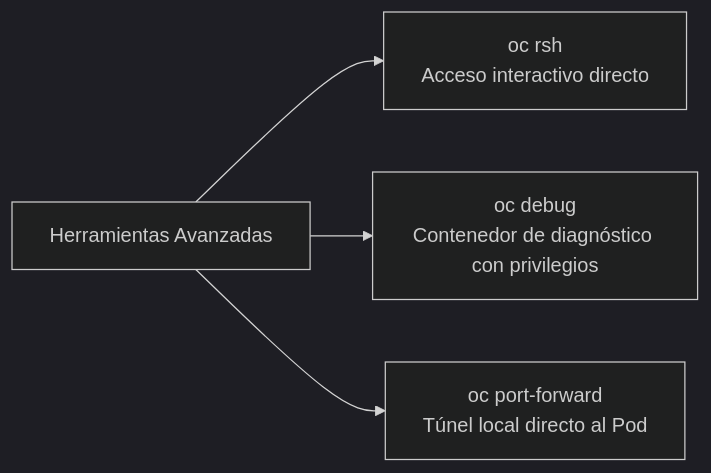
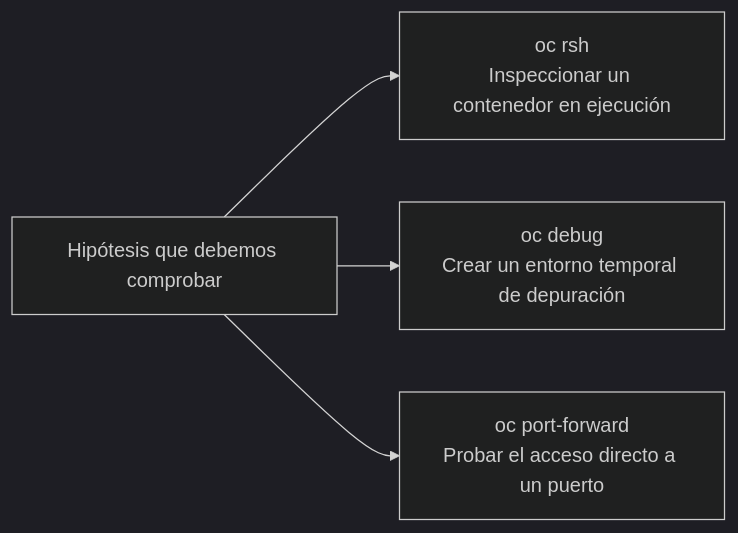
One commit to ieftraining/curso-openshift changed the second of 2 diagrams in docs/sesion3/3.5 Diagnostico de incidencias.md. Above: the diagram before and after it, drawn with Mermaid (dark theme). The commit also changed other lines of this file, not shown here.

````diff
--- a/docs/sesion3/3.5 Diagnostico de incidencias.md
+++ b/docs/sesion3/3.5 Diagnostico de incidencias.md
@@ -245,6 +345,6 @@
 ```mermaid
 flowchart LR
-    A[Herramientas Avanzadas] --> B[oc rsh<br>Acceso interactivo directo]
-    A --> C[oc debug<br>Contenedor de diagnóstico con privilegios]
-    A --> D[oc port-forward<br>Túnel local directo al Pod]
+    A[Hipótesis que debemos comprobar] --> B[oc rsh<br/>Inspeccionar un contenedor en ejecución]
+    A --> C[oc debug<br/>Crear un entorno temporal de depuración]
+    A --> D[oc port-forward<br/>Probar el acceso directo a un puerto]
 ```
````
